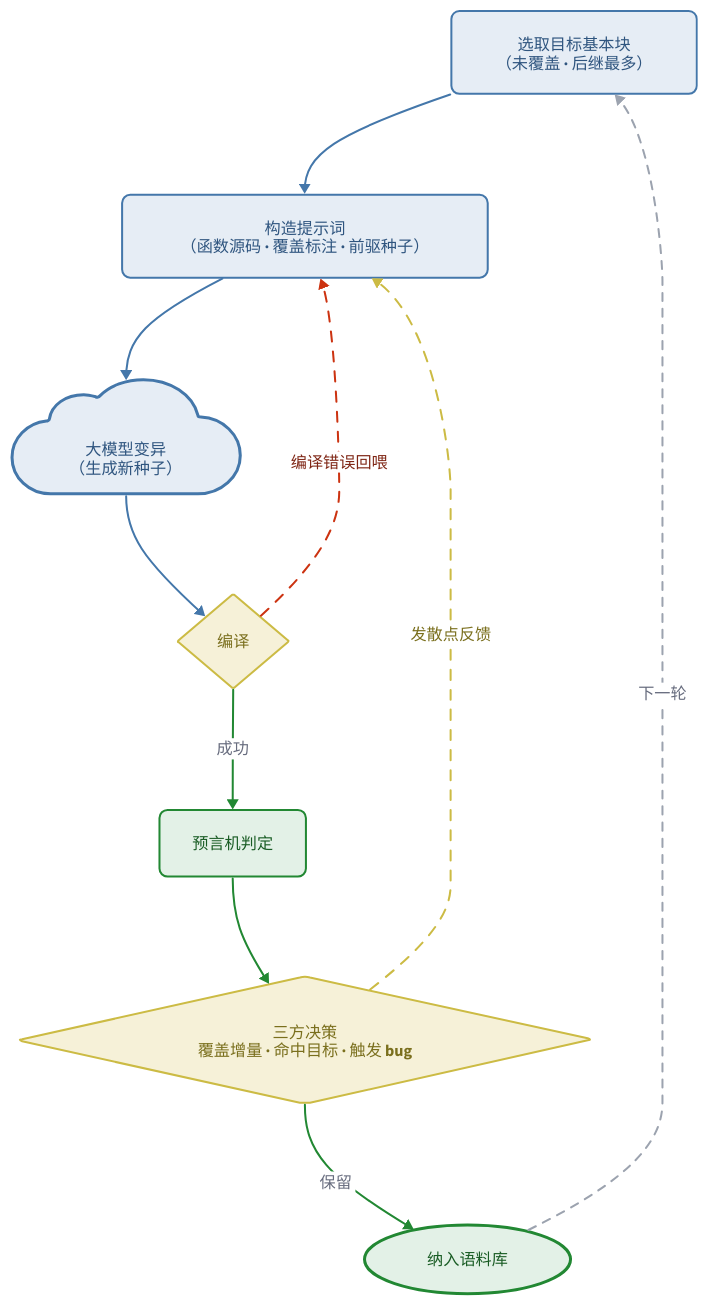
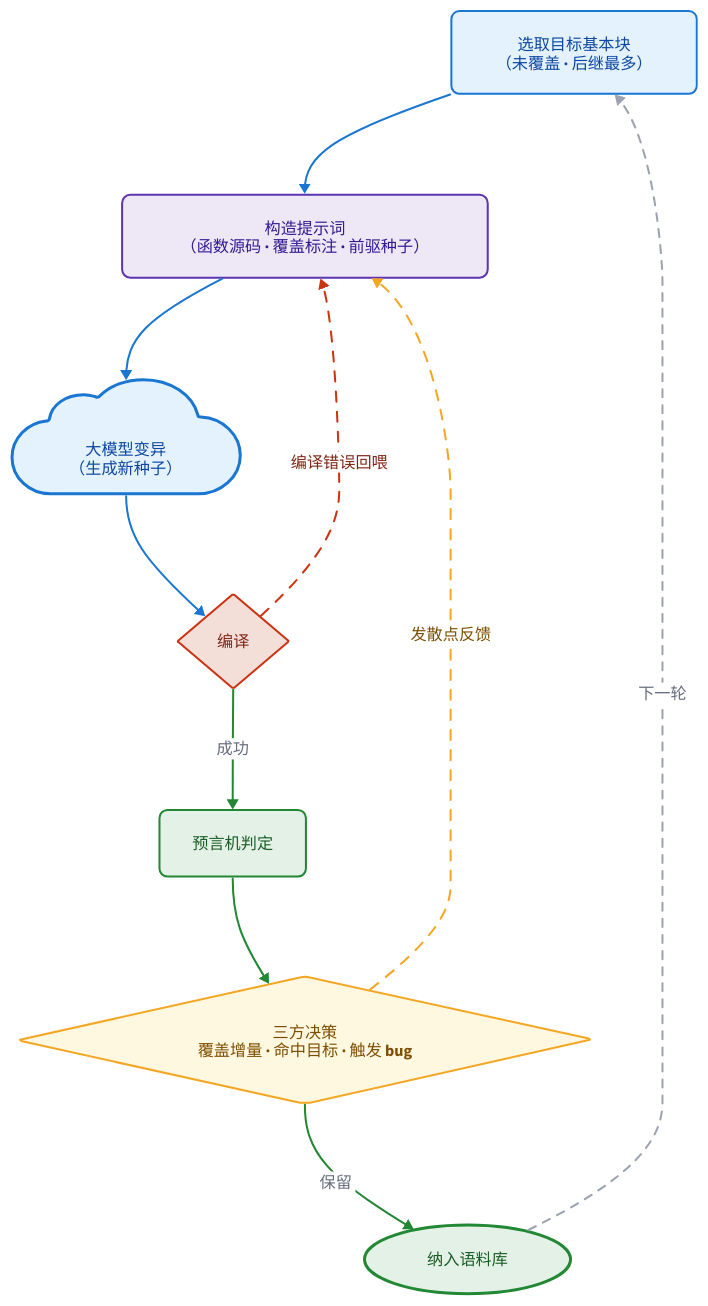
One commit to zjy-dev/de-fuzz changed the diagram in docs/开题报告/assets/ch4-route/main-loop.zh.d2. Above: the diagram before and after it, drawn with D2. The commit also changed 43 other files, not shown here.

```diff
--- a/docs/开题报告/assets/ch4-route/main-loop.zh.d2
+++ b/docs/开题报告/assets/ch4-route/main-loop.zh.d2
@@ -1,69 +1,69 @@
 # 图 6 — 大模型约束求解主循环（中文版）
 # 渲染：d2 --layout=dagre --pad=24 main-loop.zh.d2 main-loop.zh.svg
 
 direction: down
 
 pick: "选取目标基本块\n（未覆盖 · 后继最多）" {
   style: {
-    fill: "#E6EDF5"; stroke: "#4477AA"; stroke-width: 2
-    font-color: "#2F557F"; border-radius: 8
+    fill: "#E3F2FD"; stroke: "#1976D2"; stroke-width: 2
+    font-color: "#0D47A1"; border-radius: 8
   }
 }
 
 build: "构造提示词\n（函数源码 · 覆盖标注 · 前驱种子）" {
   style: {
-    fill: "#E6EDF5"; stroke: "#4477AA"; stroke-width: 2
-    font-color: "#2F557F"; border-radius: 8
+    fill: "#EDE7F6"; stroke: "#5E35B1"; stroke-width: 2
+    font-color: "#311B92"; border-radius: 8
   }
 }
 
 llm: "大模型变异\n（生成新种子）" {
   shape: cloud
   style: {
-    fill: "#E6EDF5"; stroke: "#4477AA"; stroke-width: 3
-    font-color: "#2F557F"; bold: true
+    fill: "#E3F2FD"; stroke: "#1976D2"; stroke-width: 3
+    font-color: "#0D47A1"; bold: true
   }
 }
 
 compile: "编译" {
   shape: diamond
   style: {
-    fill: "#F6F1D8"; stroke: "#CCBB44"; stroke-width: 2
-    font-color: "#7A6F1D"
+    fill: "#F4DFD8"; stroke: "#CC3311"; stroke-width: 2
+    font-color: "#7F2615"
   }
 }
 
 oracle: "预言机判定" {
   style: {
     fill: "#E3F1E7"; stroke: "#228833"; stroke-width: 2
     font-color: "#195C24"; border-radius: 8
   }
 }
 
 decision: "三方决策\n覆盖增量 · 命中目标 · 触发 bug" {
   shape: diamond
   style: {
-    fill: "#F6F1D8"; stroke: "#CCBB44"; stroke-width: 2
-    font-color: "#7A6F1D"
+    fill: "#FFF8E1"; stroke: "#F5A623"; stroke-width: 2
+    font-color: "#7D4E00"
   }
 }
 
 keep: "纳入语料库" {
   shape: oval
   style: {
     fill: "#E3F1E7"; stroke: "#228833"; stroke-width: 3
     font-color: "#195C24"; bold: true
   }
 }
 
-pick -> build: { style: { stroke: "#4477AA"; stroke-width: 2 } }
-build -> llm:   { style: { stroke: "#4477AA"; stroke-width: 2 } }
-llm -> compile: { style: { stroke: "#4477AA"; stroke-width: 2 } }
+pick -> build: { style: { stroke: "#1976D2"; stroke-width: 2 } }
+build -> llm:   { style: { stroke: "#1976D2"; stroke-width: 2 } }
+llm -> compile: { style: { stroke: "#1976D2"; stroke-width: 2 } }
 compile -> oracle:    "成功" { style: { stroke: "#228833"; stroke-width: 2 } }
 oracle -> decision:   { style: { stroke: "#228833"; stroke-width: 2 } }
 decision -> keep:     "保留" { style: { stroke: "#228833"; stroke-width: 2 } }
 keep -> pick:         "下一轮" { style: { stroke: "#9CA3AF"; stroke-width: 2; stroke-dash: 4 } }
 
 # 反馈：编译失败 / 未命中目标 → 回到提示词组装
 compile -> build:  "编译错误回喂"  { style: { stroke: "#CC3311"; stroke-width: 2; stroke-dash: 5; font-color: "#7F2615" } }
-decision -> build: "发散点反馈"    { style: { stroke: "#CCBB44"; stroke-width: 2; stroke-dash: 5; font-color: "#7A6F1D" } }
+decision -> build: "发散点反馈"    { style: { stroke: "#F5A623"; stroke-width: 2; stroke-dash: 5; font-color: "#7D4E00" } }
```
